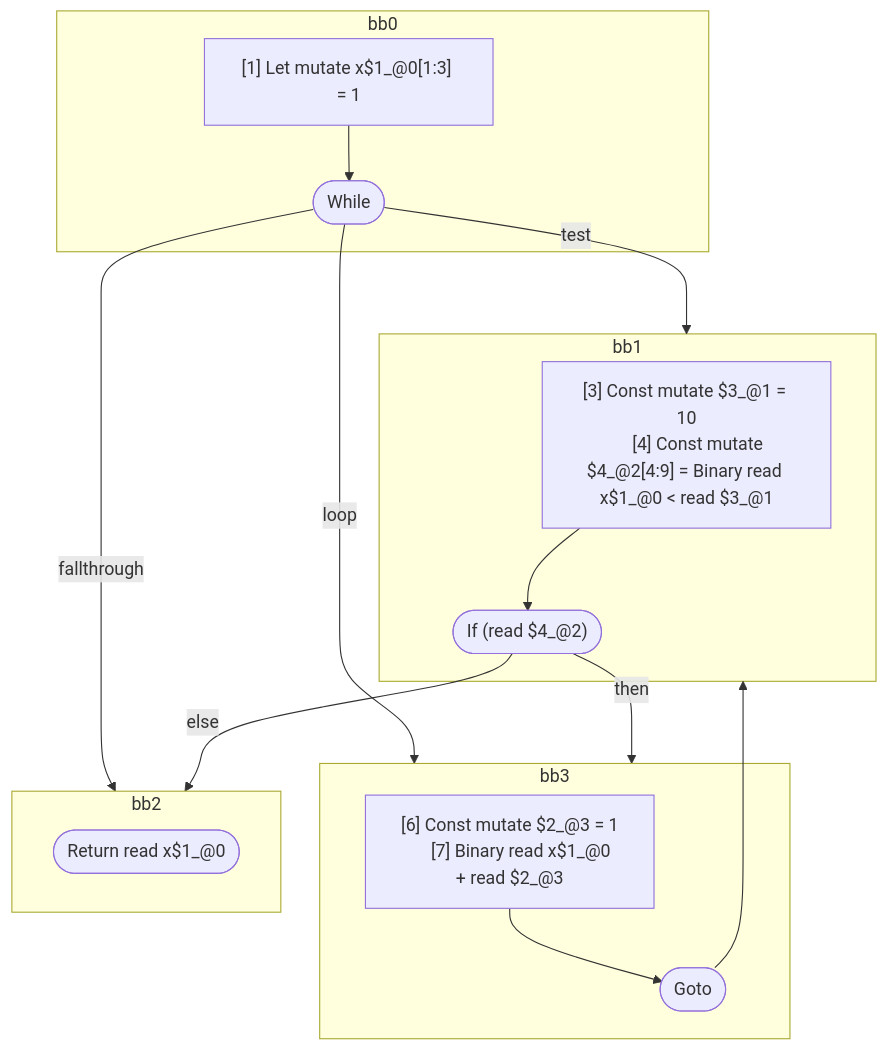
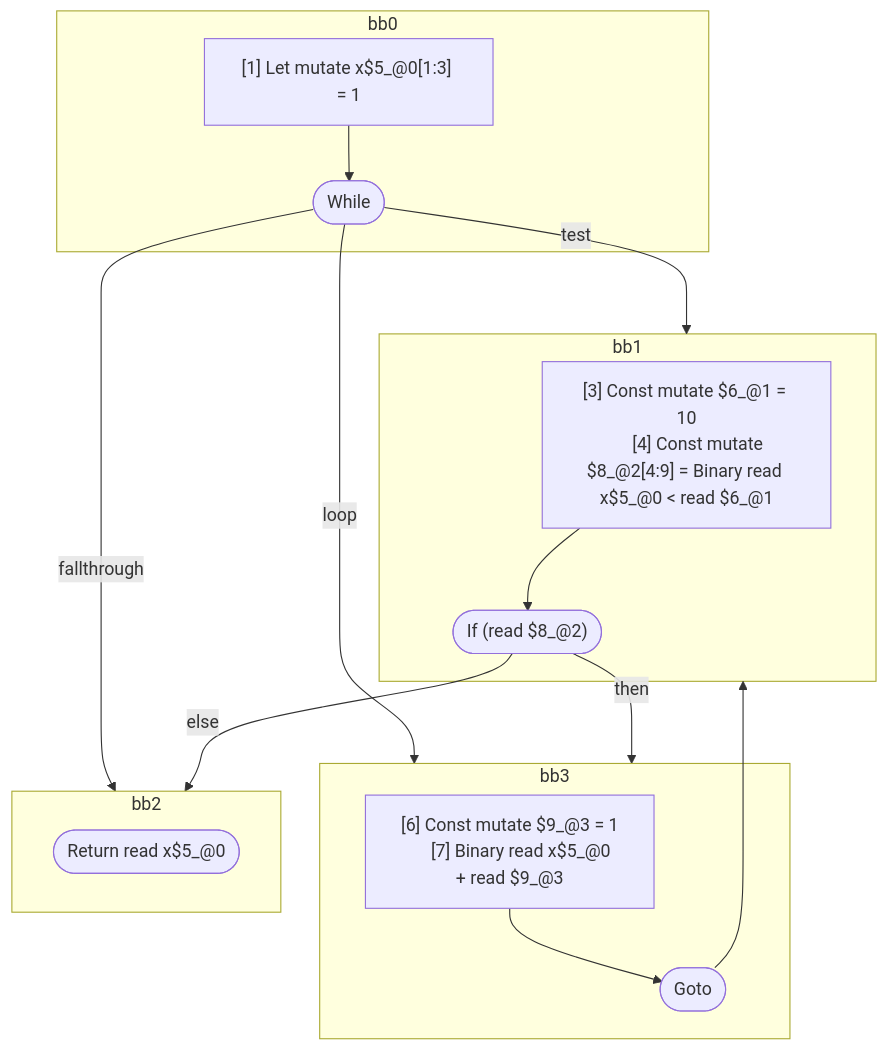
The diagram in compiler/forget/src/__tests__/fixtures/hir/ssa-while-no-reassign.expect.md (wutsmog/private), drawn with Mermaid before and after one commit. The commit also changed other lines of this file and 59 other files, not shown here.

````diff
--- a/compiler/forget/src/__tests__/fixtures/hir/ssa-while-no-reassign.expect.md
+++ b/compiler/forget/src/__tests__/fixtures/hir/ssa-while-no-reassign.expect.md
@@ -39,36 +39,36 @@
 ```mermaid
 flowchart TB
   %% Basic Blocks
   subgraph bb0
     bb0_instrs["
-      [1] Let mutate x$1_@0[1:3] = 1
+      [1] Let mutate x$5_@0[1:3] = 1
     "]
     bb0_instrs --> bb0_terminal(["While"])
   end
   subgraph bb1
     bb1_instrs["
-      [3] Const mutate $3_@1 = 10
-      [4] Const mutate $4_@2[4:9] = Binary read x$1_@0 < read $3_@1
+      [3] Const mutate $6_@1 = 10
+      [4] Const mutate $8_@2[4:9] = Binary read x$5_@0 < read $6_@1
     "]
-    bb1_instrs --> bb1_terminal(["If (read $4_@2)"])
+    bb1_instrs --> bb1_terminal(["If (read $8_@2)"])
   end
   subgraph bb3
     bb3_instrs["
-      [6] Const mutate $2_@3 = 1
-      [7] Binary read x$1_@0 + read $2_@3
+      [6] Const mutate $9_@3 = 1
+      [7] Binary read x$5_@0 + read $9_@3
     "]
     bb3_instrs --> bb3_terminal(["Goto"])
   end
   subgraph bb2
-    bb2_terminal(["Return read x$1_@0"])
+    bb2_terminal(["Return read x$5_@0"])
   end
 
   %% Jumps
   bb0_terminal -- "test" --> bb1
   bb0_terminal -- "loop" --> bb3
   bb0_terminal -- "fallthrough" --> bb2
   bb1_terminal -- "then" --> bb3
   bb1_terminal -- "else" --> bb2
   bb3_terminal --> bb1
 
 ```
````
